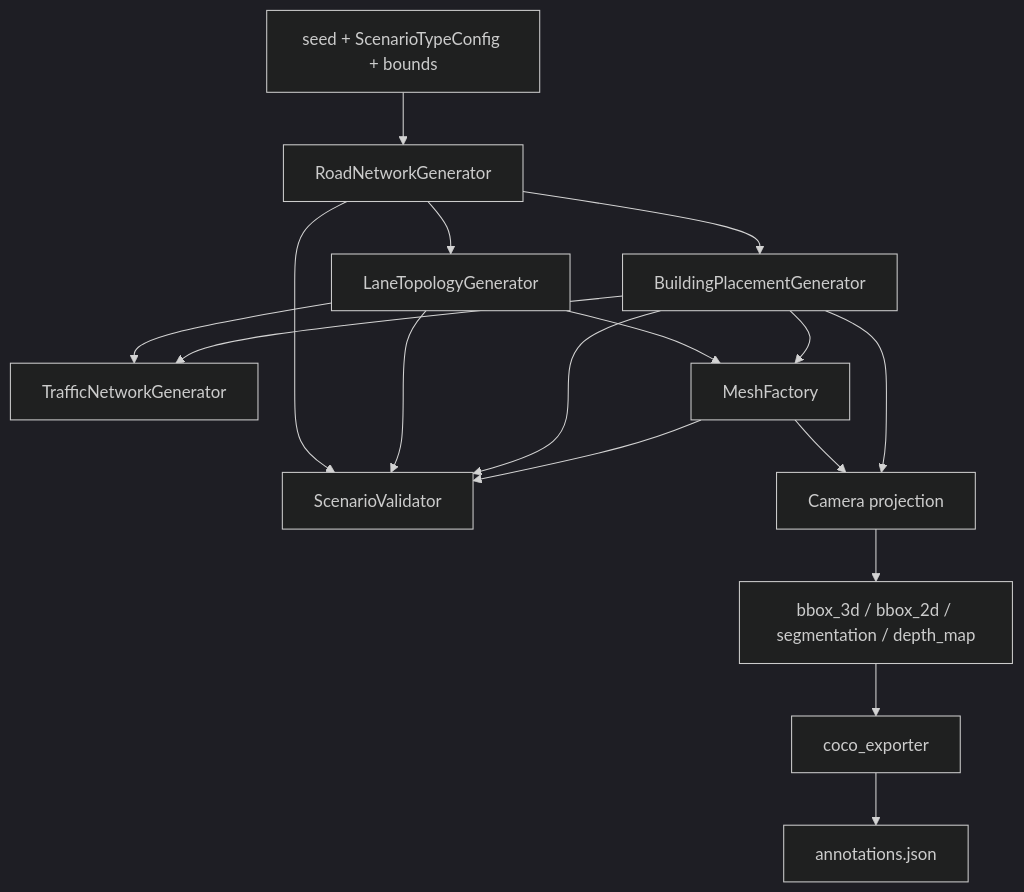
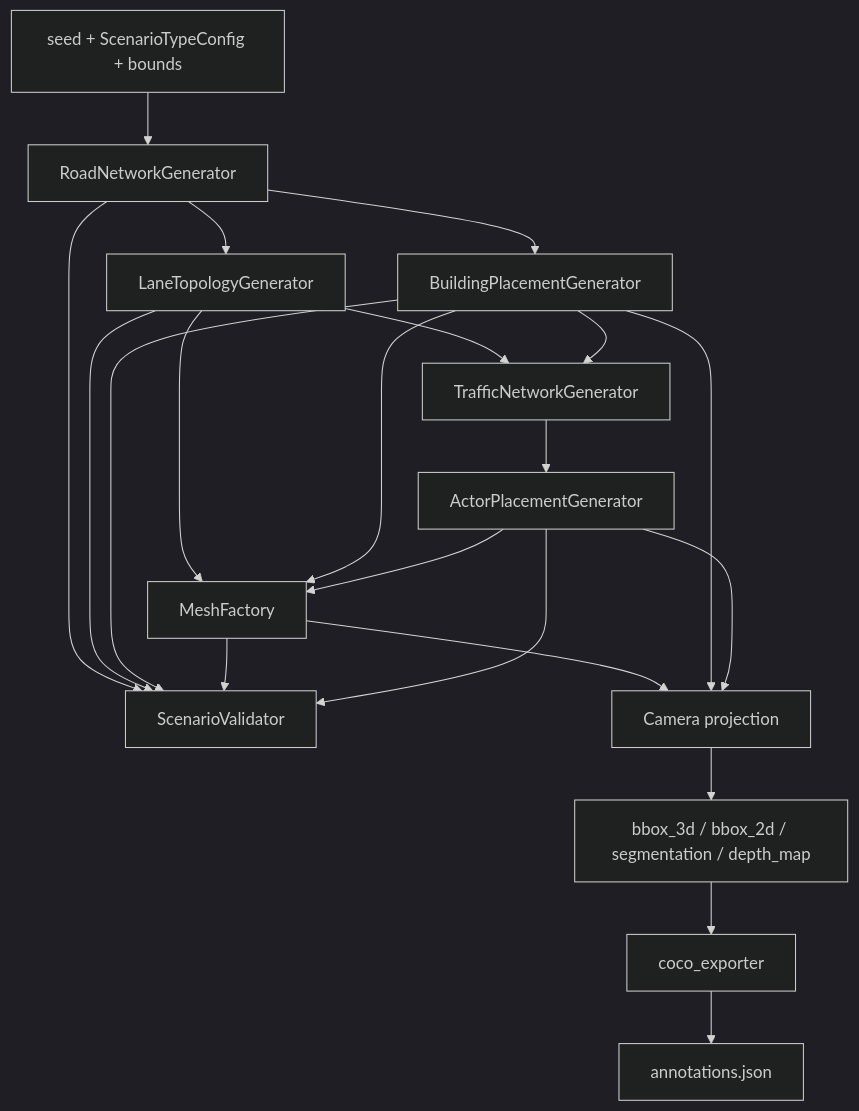
Before and after one commit to evanpetersen919/VantageCV-V2: the diagram in docs/architecture.rst, drawn with Mermaid (dark theme). The commit also changed other lines of this file and 19 other files, not shown here.

```diff
--- a/docs/architecture.rst
+++ b/docs/architecture.rst
@@ -16,19 +16,23 @@
 .. mermaid::
 
    flowchart TD
        A[seed + ScenarioTypeConfig + bounds] --> B[RoadNetworkGenerator]
        B --> C[LaneTopologyGenerator]
        B --> D[BuildingPlacementGenerator]
        C --> E[TrafficNetworkGenerator]
        D --> E
+       E --> EA[ActorPlacementGenerator]
        C --> F[MeshFactory]
        D --> F
+       EA --> F
        B --> G[ScenarioValidator]
        C --> G
        D --> G
        F --> G
+       EA --> G
        F --> H[Camera projection]
        D --> H
+       EA --> H
        H --> I[bbox_3d / bbox_2d / segmentation / depth_map]
        I --> J[coco_exporter]
        J --> K[annotations.json]
```
